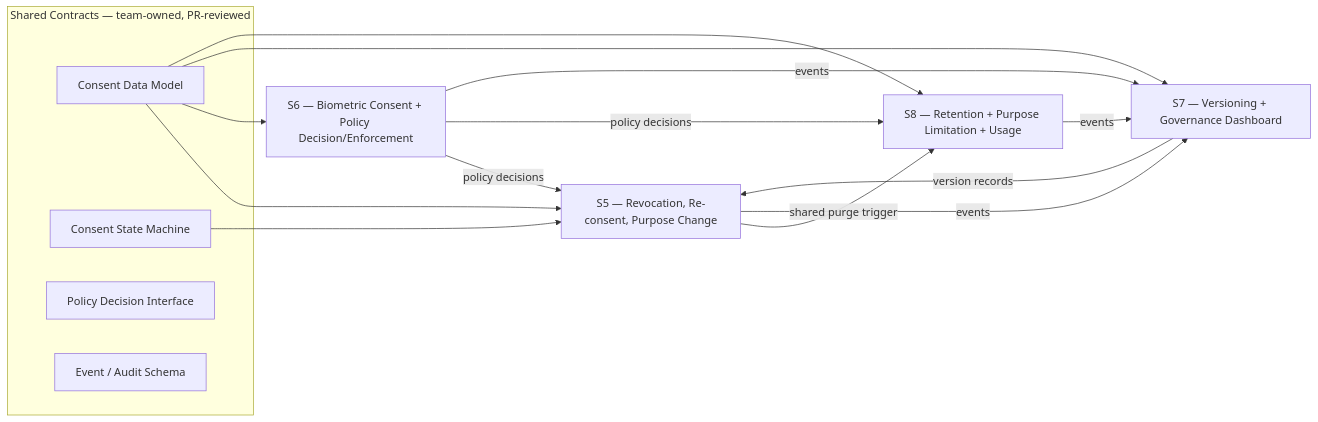
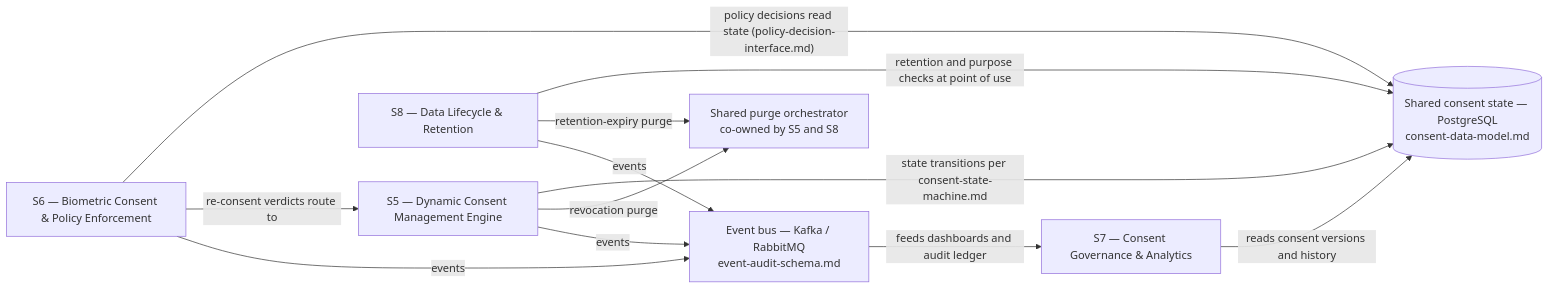
The second of 2 diagrams in README.md (VishaalPillay/Samsung-Prism-Research), drawn with Mermaid before and after one commit. The commit also changed other lines of this file, not shown here.

````diff
--- a/README.md
+++ b/README.md
@@ -77,22 +92,24 @@
 ```mermaid
 flowchart LR
-    subgraph SHARED["Shared Contracts — team-owned, PR-reviewed"]
-        DM[Consent Data Model]
-        SM[Consent State Machine]
-        PI[Policy Decision Interface]
-        EV[Event / Audit Schema]
-    end
+    S5["S5 — Dynamic Consent Management Engine"]
+    S6["S6 — Biometric Consent & Policy Enforcement"]
+    S7["S7 — Consent Governance & Analytics"]
+    S8["S8 — Data Lifecycle & Retention"]
+    CR[("Shared consent state — PostgreSQL<br/>consent-data-model.md")]
+    BUS["Event bus — Kafka / RabbitMQ<br/>event-audit-schema.md"]
+    PURGE["Shared purge orchestrator<br/>co-owned by S5 and S8"]
 
-    S5["S5 — Revocation, Re-consent, Purpose Change"]
-    S6["S6 — Biometric Consent + Policy Decision/Enforcement"]
-    S7["S7 — Versioning + Governance Dashboard"]
-    S8["S8 — Retention + Purpose Limitation + Usage"]
+    S5 -- "state transitions per consent-state-machine.md" --> CR
+    S6 -- "policy decisions read state (policy-decision-interface.md)" --> CR
+    S8 -- "retention and purpose checks at point of use" --> CR
+    S7 -- "reads consent versions and history" --> CR
 
-    DM --> S5 & S6 & S7 & S8
-    SM --> S5
-    S6 -- policy decisions --> S5
-    S6 -- policy decisions --> S8
-    S7 -- version records --> S5
-    S5 -- shared purge trigger --> S8
-    S5 & S6 & S8 -- events --> S7
+    S6 -- "re-consent verdicts route to" --> S5
+    S5 -- "revocation purge" --> PURGE
+    S8 -- "retention-expiry purge" --> PURGE
+
+    S5 -- "events" --> BUS
+    S6 -- "events" --> BUS
+    S8 -- "events" --> BUS
+    BUS -- "feeds dashboards and audit ledger" --> S7
 ```
````
